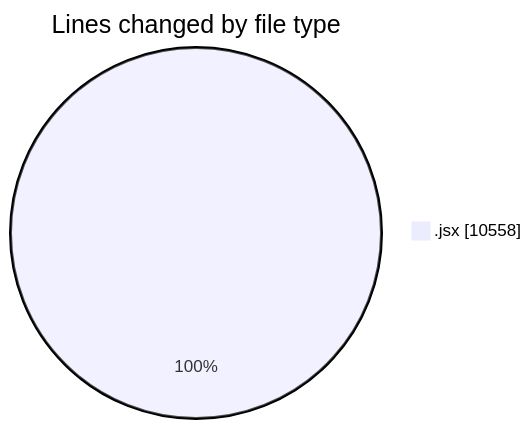
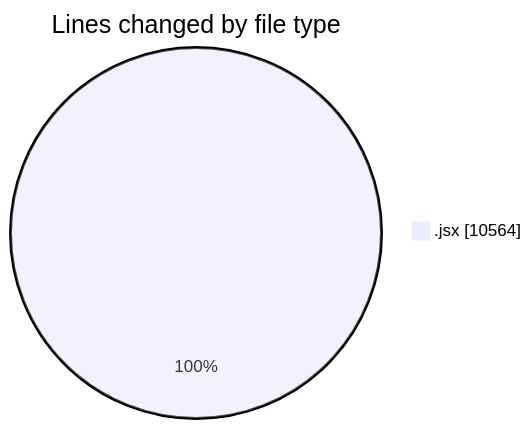
One commit to nxtqubesakshisongat/code-tracking changed the first of 2 diagrams in 2025-05-26/nxtqube_webapp/README.md. Above: the diagram before and after it, drawn with Mermaid. The commit also changed other lines of this file and 1 other file, not shown here.

````diff
--- a/2025-05-26/nxtqube_webapp/README.md
+++ b/2025-05-26/nxtqube_webapp/README.md
@@ -22,5 +22,5 @@
 ```mermaid
 pie showData
 title Lines changed by file type
-".jsx" : 10558
+".jsx" : 10564
 ```
````
